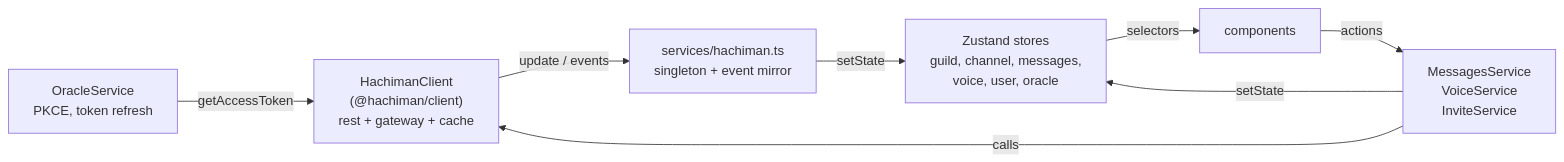
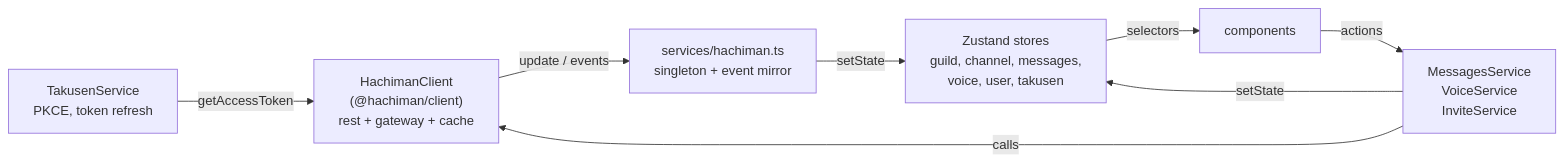
Before and after one commit to dan-hummelstad/hachiman: the fourth of 4 diagrams in README.md, drawn with Mermaid. The commit also changed other lines of this file and 337 other files, not shown here.

````diff
--- a/README.md
+++ b/README.md
@@ -116,17 +116,17 @@
 ```mermaid
 flowchart LR
   HC["HachimanClient<br/>(@hachiman/client)<br/>rest + gateway + cache"]
-  OS[OracleService<br/>PKCE, token refresh]
+  OS[TakusenService<br/>PKCE, token refresh]
   H[services/hachiman.ts<br/>singleton + event mirror]
   S[MessagesService<br/>VoiceService<br/>InviteService]
-  ST[Zustand stores<br/>guild, channel, messages,<br/>voice, user, oracle]
+  ST[Zustand stores<br/>guild, channel, messages,<br/>voice, user, takusen]
   UI[components]
 
   OS -- getAccessToken --> HC
   HC -- update / events --> H
   H -- setState --> ST
   S -- calls --> HC
   S -- setState --> ST
   ST -- selectors --> UI
   UI -- actions --> S
 ```
````
